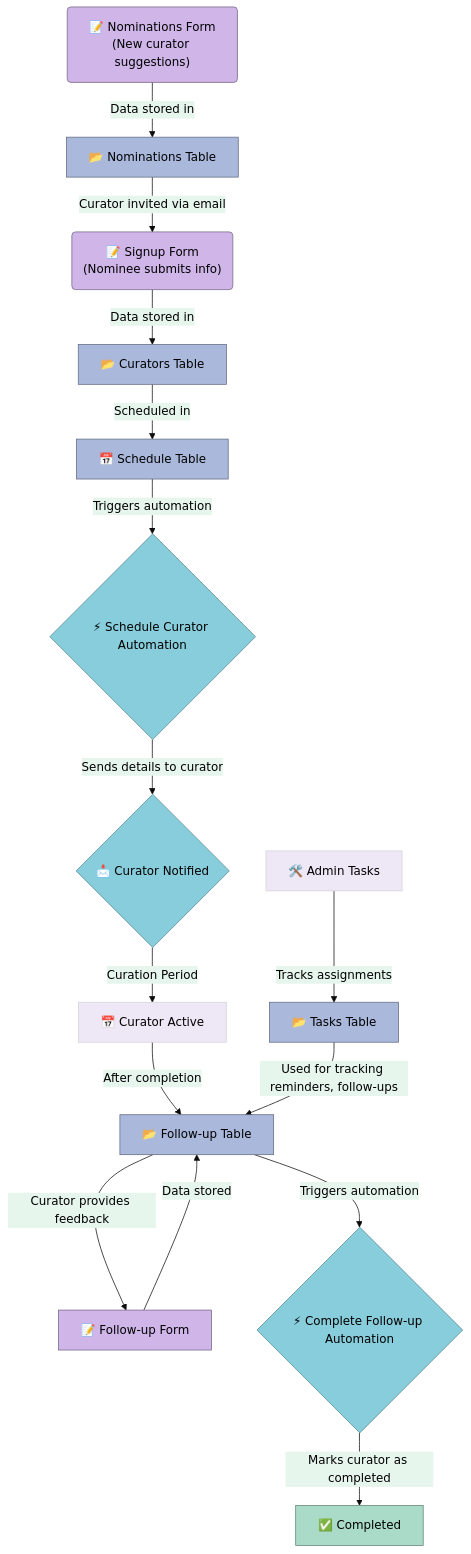
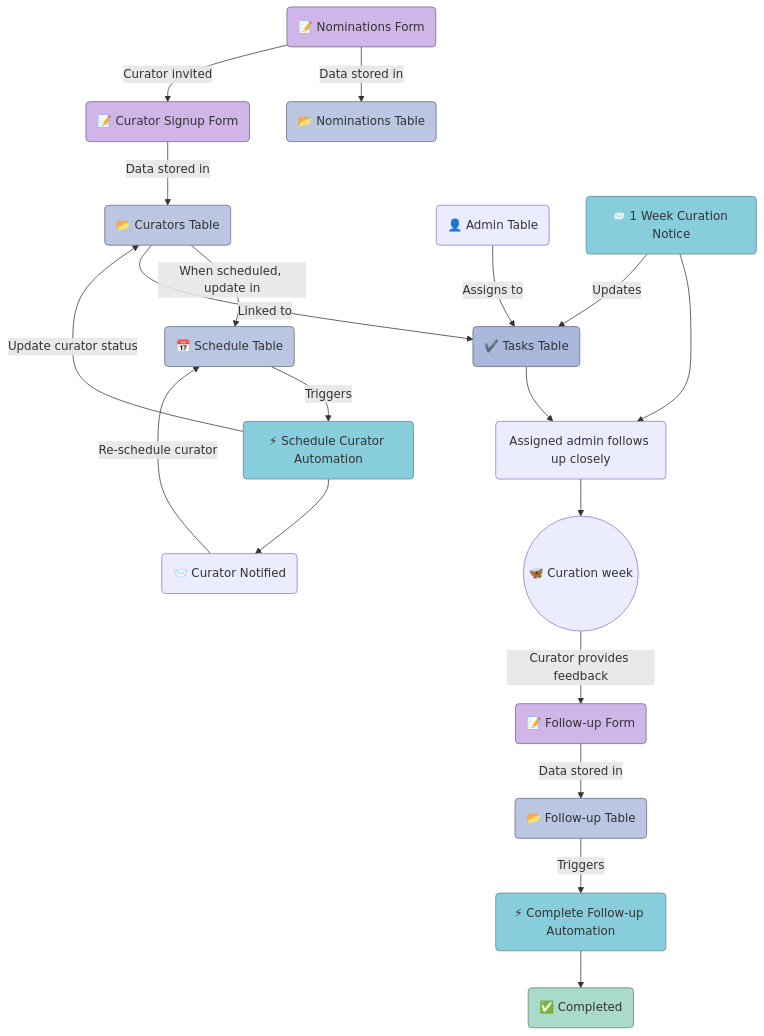
One commit to rladies/rladiesguide changed the first of 2 diagrams in content/rocur/admin guide/index.en.md. Above: the diagram before and after it, drawn with Mermaid. The commit also changed other lines of this file, not shown here.

Commit message:
more detailed mermaid

```diff
--- a/content/rocur/admin guide/index.en.md
+++ b/content/rocur/admin guide/index.en.md
@@ -438,42 +438,65 @@
 {{<mermaid align="left">}}
 
-%%{init: {'theme': 'base','themeVariables': {'primaryColor': '#EDE7F6','tertiaryColor': '#F3E5F5','primaryTextColor': '#000000'}}}%%
+graph TD;
+  %% Forms
+  NominationsForm("📝 Nominations Form");
+  SignupForm("📝 Curator Signup Form");
+  FollowUpForm("📝 Follow-up Form");
 
-graph TD;
-  NominationsForm("📝 Nominations Form\n(New curator suggestions)") -->|Data stored in| NominationsTable["📂 Nominations Table"];
-  NominationsTable -->|Curator invited via email| SignupForm("📝 Signup Form\n(Nominee submits info)");
-  SignupForm -->|Data stored in| CuratorsTable["📂 Curators Table"];
+  %% Tables
+  NominationsTable("📂 Nominations Table");
+  CuratorsTable("📂 Curators Table");
+  ScheduleTable("📅 Schedule Table");
+  FollowUpTable("📂 Follow-up Table");
+  TasksTable("✔️ Tasks Table");
+  AdminTable("👤 Admin Table");
+
+  %% Actions
+  ScheduleAutomation("⚡ Schedule Curator Automation");
+  WeekNotice("📨 1 Week Curation Notice"); 
+  CompletionAutomation("⚡ Complete Follow-up Automation");
+  PreCurationWeek("Assigned admin follows up closely");
+  CurationWeek(("🦋 Curation week"));
+
+  NominationsForm -->|Data stored in| NominationsTable;
+  NominationsForm -->|Curator invited| SignupForm;
+  SignupForm -->|Data stored in| CuratorsTable;
+
+  AdminTable --> |Assigns to| TasksTable;
+
+  CuratorsTable -->|When scheduled, update in| ScheduleTable;
+  ScheduleTable -->|Triggers| ScheduleAutomation;
+  ScheduleAutomation -->CuratorNotified
+  CuratorNotified -->|Re-schedule curator | ScheduleTable
+  CuratorNotified("📨 Curator Notified");
+  ScheduleAutomation -->|Update curator status| CuratorsTable;
+  CuratorsTable -->|Linked to| TasksTable;
+
+  WeekNotice --> PreCurationWeek;
+  WeekNotice --> |Updates | TasksTable;
+  TasksTable --> PreCurationWeek;
+  PreCurationWeek --> CurationWeek
+  CurationWeek -->|Curator provides feedback| FollowUpForm;
+  FollowUpForm -->|Data stored in| FollowUpTable;
   
-  CuratorsTable -->|Scheduled in| ScheduleTable["📅 Schedule Table"];
-  ScheduleTable -->|Triggers automation| ScheduleAutomation{"⚡ Schedule Curator Automation"};
-  ScheduleAutomation -->|Sends details to curator| CuratorNotified{"📩 Curator Notified"};
+  FollowUpTable -->|Triggers| CompletionAutomation;
+  CompletionAutomation --> CompletedCurators("✅ Completed");
+  
 
-  CuratorNotified -->|Curation Period| CurationWeek["📅 Curator Active"];
-  CurationWeek -->|After completion| FollowUpTable["📂 Follow-up Table"];
-  FollowUpTable -->|Curator provides feedback| FollowUpForm["📝 Follow-up Form"];
-  
-  FollowUpForm -->|Data stored| FollowUpTable;
-  FollowUpTable -->|Triggers automation| CompletionAutomation{"⚡ Complete Follow-up Automation"};
-  CompletionAutomation -->|Marks curator as completed| CompletedCurators["✅ Completed"];
-  
-  AdminTasks["🛠️ Admin Tasks"] -->|Tracks assignments| TasksTable["📂 Tasks Table"];
-  TasksTable -->|Used for tracking reminders, follow-ups| FollowUpTable;
-
-style NominationsTable fill:#a9b8db,stroke:#616a80;
-style CuratorsTable fill:#a9b8db,stroke:#616a80;
-style ScheduleTable fill:#a9b8db,stroke:#616a80;
-style FollowUpTable fill:#a9b8db,stroke:#616a80;
+style NominationsTable fill:#a9b8dbcc,stroke:#616a80;
+style CuratorsTable fill:#a9b8dbcc,stroke:#616a80;
+style ScheduleTable fill:#a9b8dbcc,stroke:#616a80;
+style FollowUpTable fill:#a9b8dbcc,stroke:#616a80;
 style TasksTable fill:#a9b8db,stroke:#616a80;
 
 style NominationsForm fill:#cfb5e8,stroke:#736382;
 style SignupForm fill:#cfb5e8,stroke:#736382;
 style FollowUpForm fill:#cfb5e8,stroke:#736382;
 
 style CompletionAutomation fill:#88cddb,stroke:#578891;
 style ScheduleAutomation fill:#88cddb,stroke:#578891;
-style CuratorNotified fill:#88cddb,stroke:#578891;
-
+style WeekNotice fill:#88cddb,stroke:#578891;
 
 style CompletedCurators fill:#a9dbc8,stroke:#638276;
 
 {{< /mermaid >}}
```
